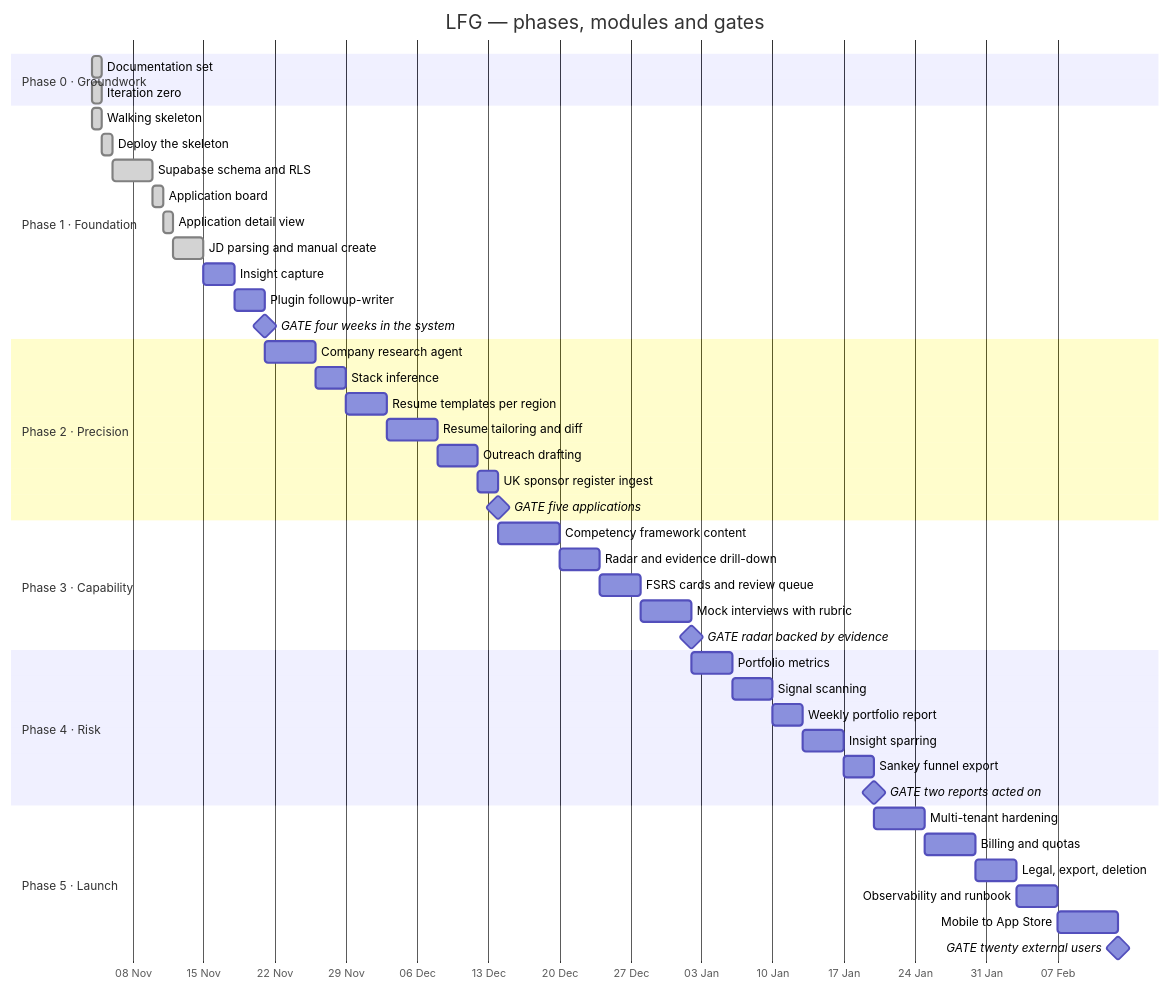
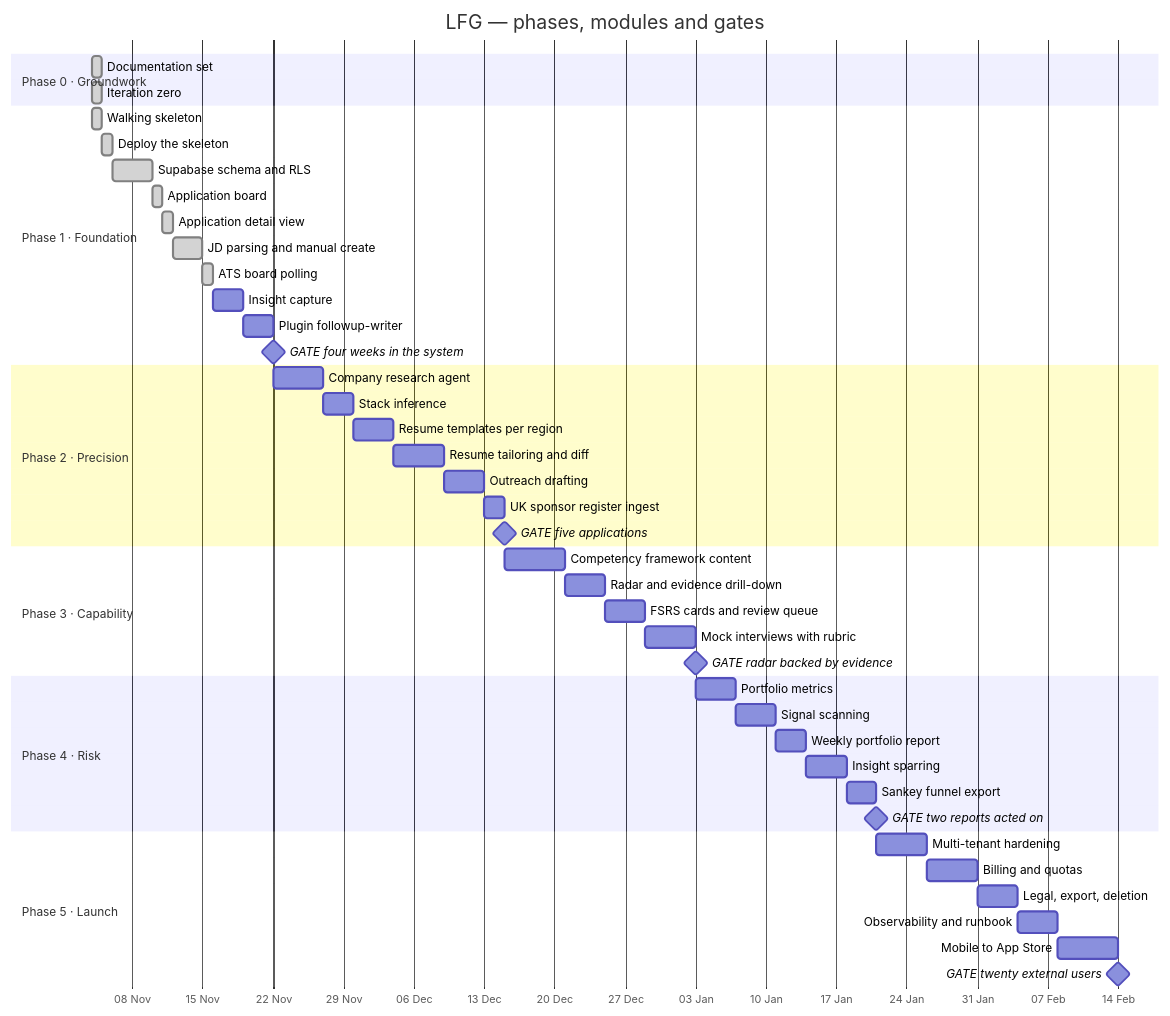
The diagram in docs/progress.md (menomemo/LFG), drawn with Mermaid before and after one commit. The commit also changed other lines of this file and 15 other files, not shown here.

````diff
--- a/docs/progress.md
+++ b/docs/progress.md
@@ -33,54 +38,55 @@
 ```mermaid
 gantt
   title LFG — phases, modules and gates
   dateFormat YYYY-MM-DD
   axisFormat %d %b
   todayMarker stroke-width:3px,stroke:#d33,opacity:0.5
 
   section Phase 0 · Groundwork
   Documentation set            :done,  d0, 2026-11-04, 1d
   Iteration zero               :done,  d1, 2026-11-04, 1d
 
   section Phase 1 · Foundation
   Walking skeleton             :done,   p1a, 2026-11-04, 1d
   Deploy the skeleton          :done,   p1a2, after p1a, 1d
   Supabase schema and RLS      :done,   p1b, after p1a2, 4d
   Application board            :done,   p1c, after p1b, 1d
   Application detail view      :done,   p1c2, after p1c, 1d
   JD parsing and manual create :done,   p1d, after p1c2, 3d
-  Insight capture              :        p1e, after p1d, 3d
+  ATS board polling            :done,   p1d2, after p1d, 1d
+  Insight capture              :        p1e, after p1d2, 3d
   Plugin followup-writer       :        p1f, after p1e, 3d
   GATE four weeks in the system :milestone, g1, after p1f, 0d
 
   section Phase 2 · Precision
   Company research agent       :        p2a, after g1, 5d
   Stack inference              :        p2b, after p2a, 3d
   Resume templates per region  :        p2c, after p2b, 4d
   Resume tailoring and diff    :        p2d, after p2c, 5d
   Outreach drafting            :        p2e, after p2d, 4d
   UK sponsor register ingest   :        p2f, after p2e, 2d
   GATE five applications       :milestone, g2, after p2f, 0d
 
   section Phase 3 · Capability
   Competency framework content :        p3a, after g2, 6d
   Radar and evidence drill-down :       p3b, after p3a, 4d
   FSRS cards and review queue  :        p3c, after p3b, 4d
   Mock interviews with rubric  :        p3d, after p3c, 5d
   GATE radar backed by evidence :milestone, g3, after p3d, 0d
 
   section Phase 4 · Risk
   Portfolio metrics            :        p4a, after g3, 4d
   Signal scanning              :        p4b, after p4a, 4d
   Weekly portfolio report      :        p4c, after p4b, 3d
   Insight sparring             :        p4d, after p4c, 4d
   Sankey funnel export         :        p4e, after p4d, 3d
   GATE two reports acted on    :milestone, g4, after p4e, 0d
 
   section Phase 5 · Launch
   Multi-tenant hardening       :        p5a, after g4, 5d
   Billing and quotas           :        p5b, after p5a, 5d
   Legal, export, deletion      :        p5c, after p5b, 4d
   Observability and runbook    :        p5d, after p5c, 4d
   Mobile to App Store          :        p5e, after p5d, 6d
   GATE twenty external users   :milestone, g5, after p5e, 0d
 ```
````
